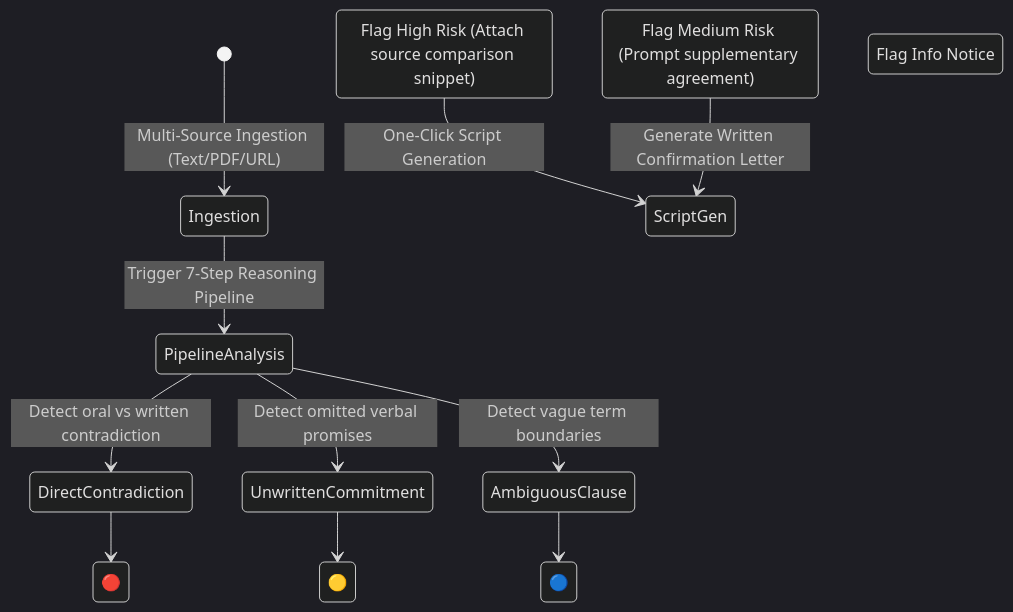
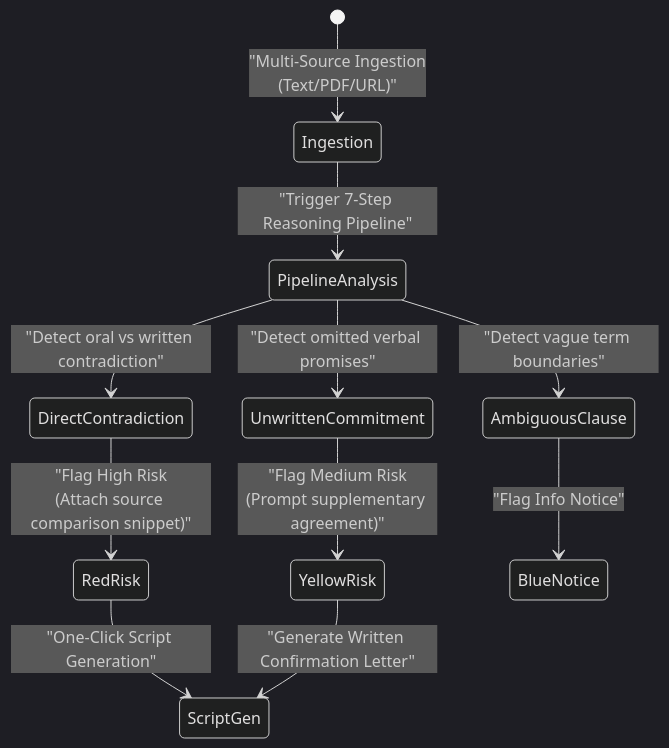
One commit to MeiSiristhebest/youju changed the third of 3 diagrams in README_EN.md. Above: the diagram before and after it, drawn with Mermaid (dark theme). The commit also changed other lines of this file and 1 other file, not shown here.

Commit message:
docs(readme): optimize zh + en; fix Mermaid (emoji→text, quotes), badges, add Security & Contributing, expected outputs

````diff
--- a/README_EN.md
+++ b/README_EN.md
@@ -116,13 +116,13 @@
 ```mermaid
 stateDiagram-v2
-    [*] --> Ingestion : Multi-Source Ingestion (Text/PDF/URL)
-    Ingestion --> PipelineAnalysis : Trigger 7-Step Reasoning Pipeline
-    PipelineAnalysis --> DirectContradiction : Detect oral vs written contradiction
-    PipelineAnalysis --> UnwrittenCommitment : Detect omitted verbal promises
-    PipelineAnalysis --> AmbiguousClause : Detect vague term boundaries
-    DirectContradiction --> 🔴 RedRisk : Flag High Risk (Attach source comparison snippet)
-    UnwrittenCommitment --> 🟡 YellowRisk : Flag Medium Risk (Prompt supplementary agreement)
-    AmbiguousClause --> 🔵 BlueNotice : Flag Info Notice
-    🔴 RedRisk --> ScriptGen : One-Click Script Generation
-    🟡 YellowRisk --> ScriptGen : Generate Written Confirmation Letter
+    [*] --> Ingestion : "Multi-Source Ingestion<br/>(Text/PDF/URL)"
+    Ingestion --> PipelineAnalysis : "Trigger 7-Step Reasoning Pipeline"
+    PipelineAnalysis --> DirectContradiction : "Detect oral vs written contradiction"
+    PipelineAnalysis --> UnwrittenCommitment : "Detect omitted verbal promises"
+    PipelineAnalysis --> AmbiguousClause : "Detect vague term boundaries"
+    DirectContradiction --> RedRisk : "Flag High Risk<br/>(Attach source comparison snippet)"
+    UnwrittenCommitment --> YellowRisk : "Flag Medium Risk<br/>(Prompt supplementary agreement)"
+    AmbiguousClause --> BlueNotice : "Flag Info Notice"
+    RedRisk --> ScriptGen : "One-Click Script Generation"
+    YellowRisk --> ScriptGen : "Generate Written Confirmation Letter"
 ```
````
